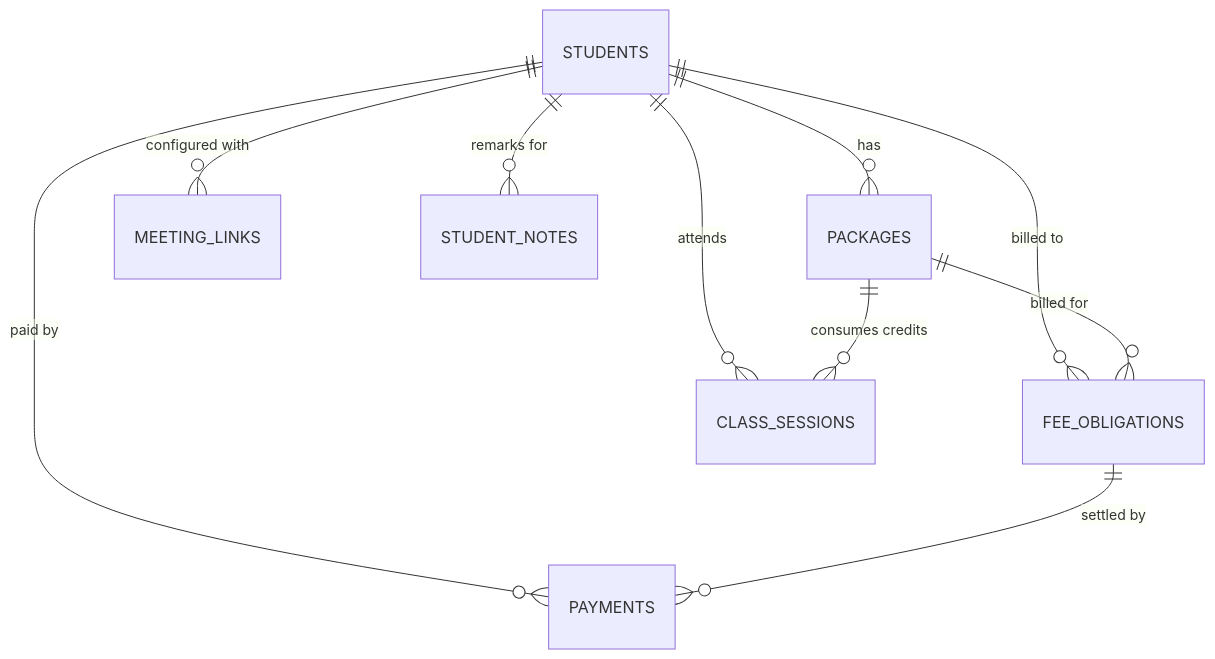
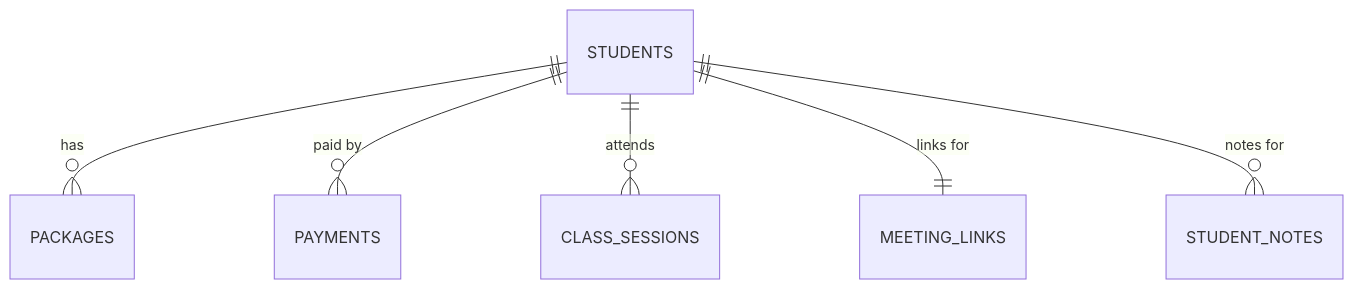
The diagram in 03-data/02-entity-relationships-and-data-dictionary.md (Shreya5296/Personal-Dashboard), drawn with Mermaid before and after one commit. The commit also changed other lines of this file and 30 other files, not shown here.

Commit message:
feat(schema): align all six finalized tables across backend, documentation, and tests

````diff
--- a/03-data/02-entity-relationships-and-data-dictionary.md
+++ b/03-data/02-entity-relationships-and-data-dictionary.md
@@ -18,12 +18,8 @@
 ```mermaid
 erDiagram
     STUDENTS ||--o{ PACKAGES : "has"
-    STUDENTS ||--o{ FEE_OBLIGATIONS : "billed to"
     STUDENTS ||--o{ PAYMENTS : "paid by"
     STUDENTS ||--o{ CLASS_SESSIONS : "attends"
-    STUDENTS ||--o{ MEETING_LINKS : "configured with"
-    STUDENTS ||--o{ STUDENT_NOTES : "remarks for"
-    PACKAGES ||--o{ CLASS_SESSIONS : "consumes credits"
-    PACKAGES ||--o{ FEE_OBLIGATIONS : "billed for"
-    FEE_OBLIGATIONS ||--o{ PAYMENTS : "settled by"
+    STUDENTS ||--|| MEETING_LINKS : "links for"
+    STUDENTS ||--o{ STUDENT_NOTES : "notes for"
 ```
````
